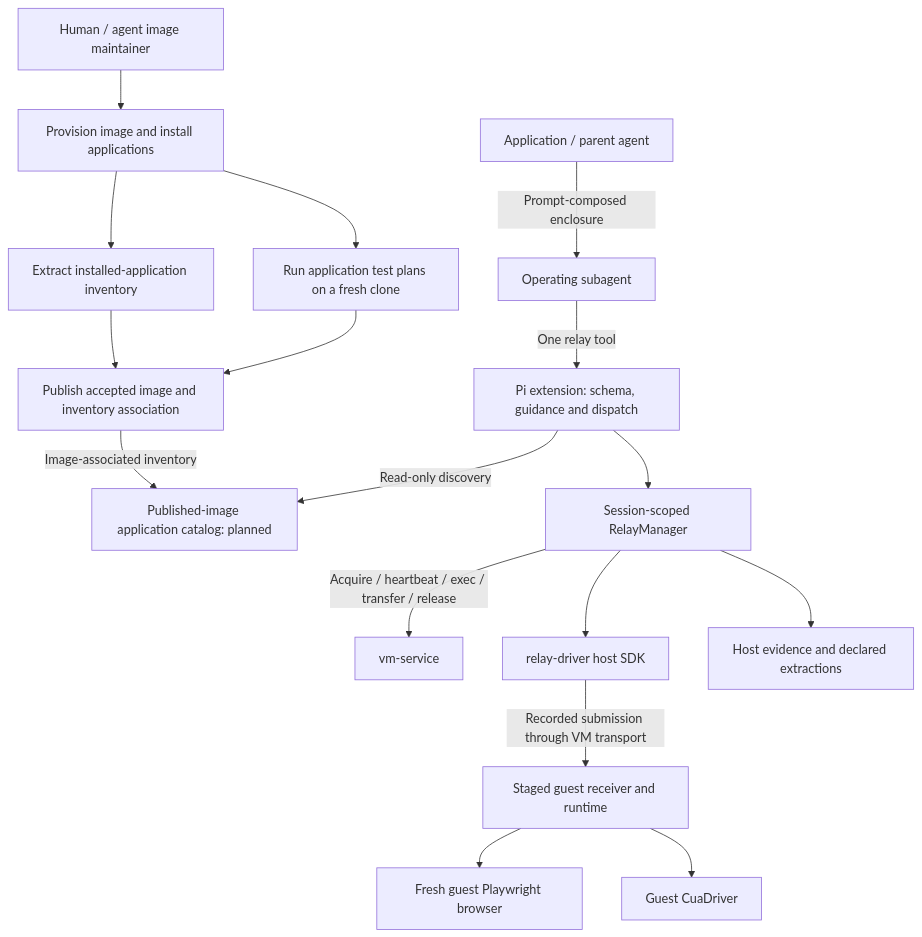
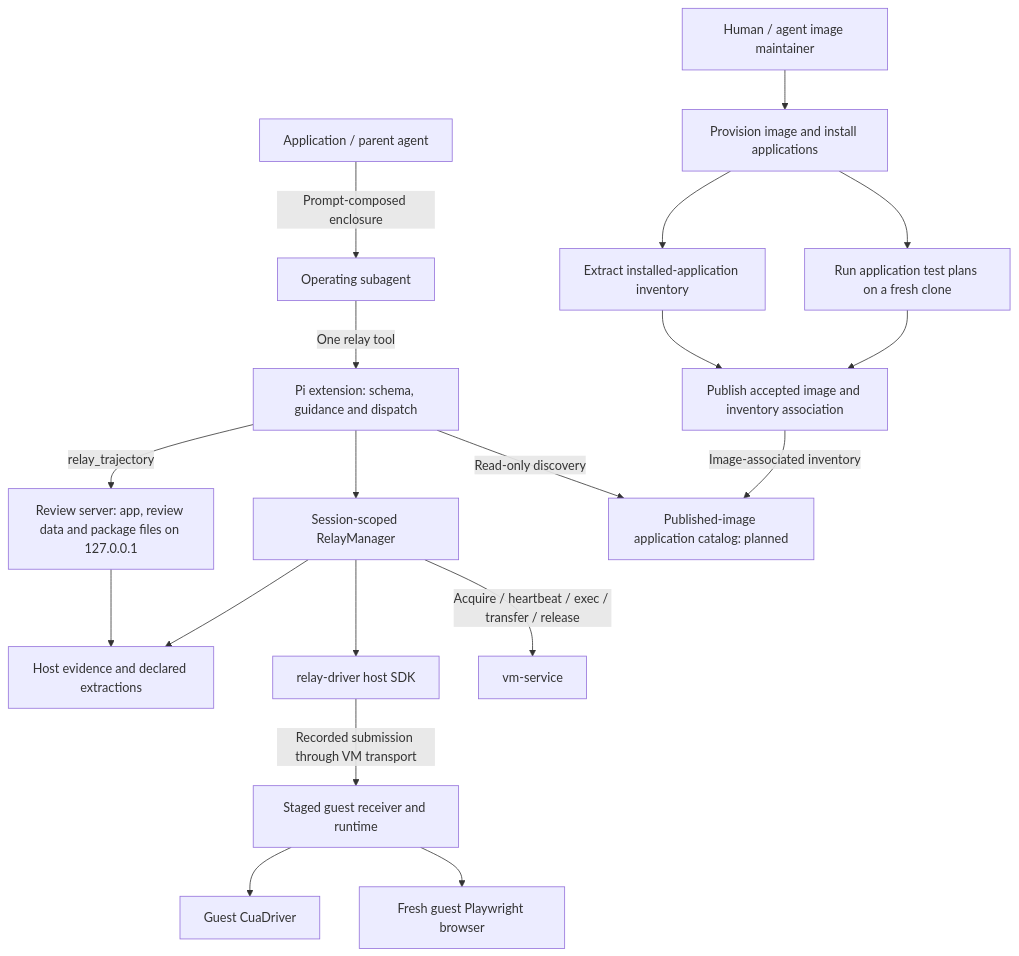
Before and after one commit to WeZZard/mcp-vm-relay: the first of 4 diagrams in docs/technical-design.md, drawn with Mermaid. The commit also changed other lines of this file and 16 other files, not shown here.

````diff
--- a/docs/technical-design.md
+++ b/docs/technical-design.md
@@ -36,19 +36,21 @@
 ```mermaid
 flowchart TB
     App[Application / parent agent] -->|Prompt-composed enclosure| Agent[Operating subagent]
     Agent -->|One relay tool| Pi[Pi extension: schema, guidance and dispatch]
     Pi -->|Read-only discovery| Catalog[Published-image application catalog: planned]
     Pi --> Manager[Session-scoped RelayManager]
     Manager -->|Acquire / heartbeat / exec / transfer / release| VM[vm-service]
     Manager --> SDK[relay-driver host SDK]
     SDK -->|Recorded submission through VM transport| Guest[Staged guest receiver and runtime]
     Guest --> Browser[Fresh guest Playwright browser]
     Guest --> CUA[Guest CuaDriver]
     Manager --> Evidence[Host evidence and declared extractions]
+    Pi -->|relay_trajectory| Review[Review server: app, review data and package files on 127.0.0.1]
+    Review --> Evidence
     Maintainer[Human / agent image maintainer] --> Provision[Provision image and install applications]
     Provision --> Tests[Run application test plans on a fresh clone]
     Provision --> Inventory[Extract installed-application inventory]
     Tests --> Publish[Publish accepted image and inventory association]
     Inventory --> Publish
     Publish -->|Image-associated inventory| Catalog
 ```
````
